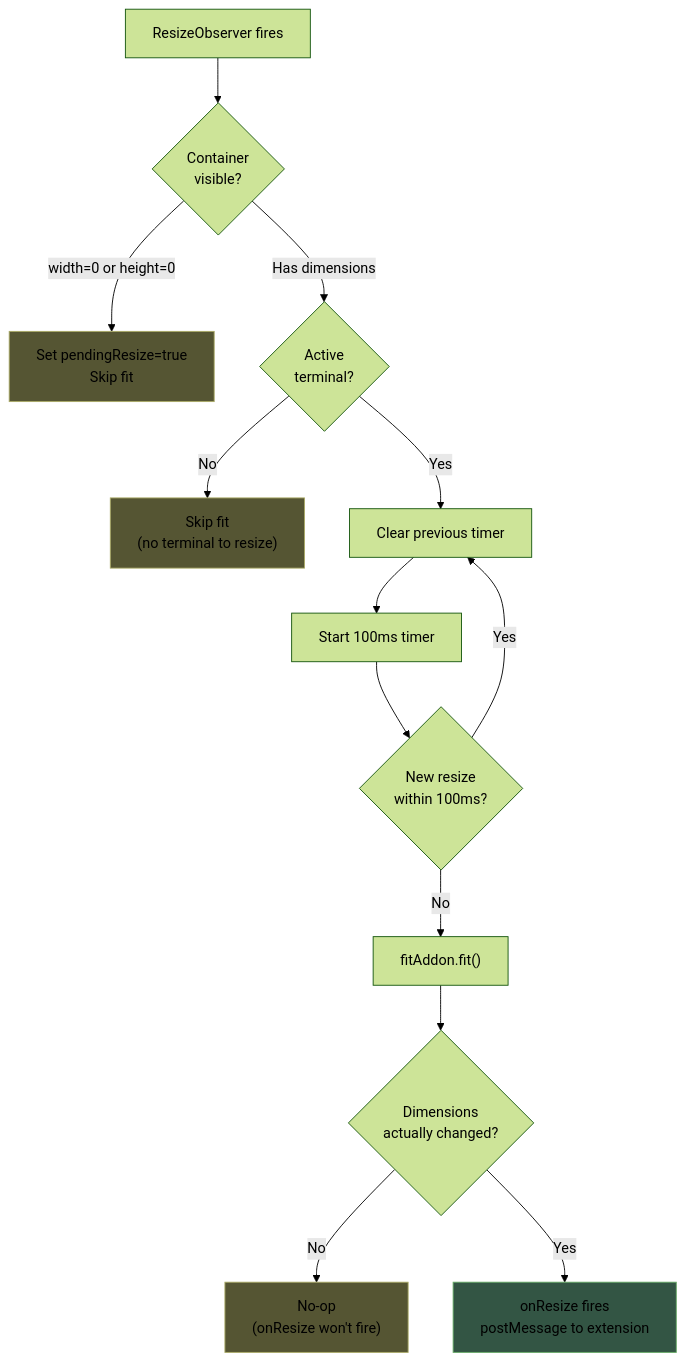
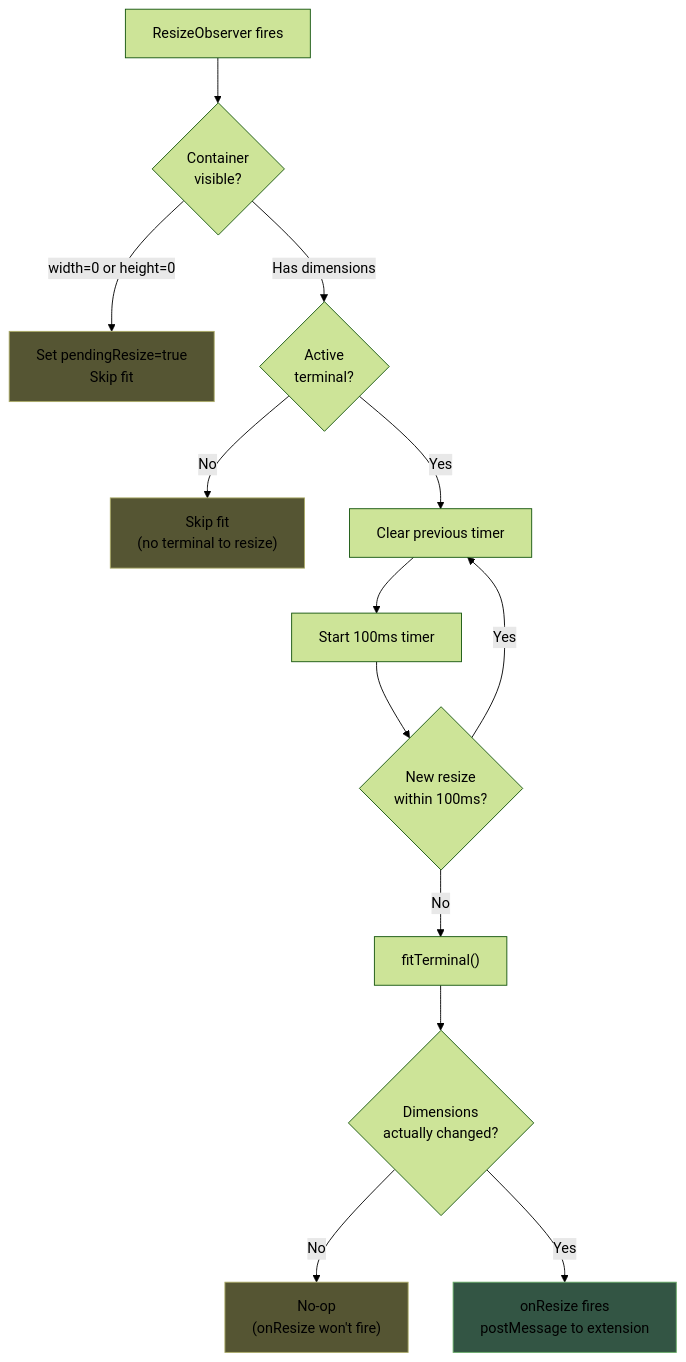
Before and after one commit to huybuidac/anywhere-terminal: the seventh of 7 diagrams in docs/design/resize-handling.md, drawn with Mermaid (forest theme). The commit also changed other lines of this file and 46 other files, not shown here.

Commit message:
refactor: extract terminal factory, split renderer, and flow control into dedicated modules, reducing main.ts to a composition root, and add new webview tests.

````diff
--- a/docs/design/resize-handling.md
+++ b/docs/design/resize-handling.md
@@ -385,20 +425,20 @@
 ```mermaid
 flowchart TD
     A["ResizeObserver fires"] --> B{"Container\nvisible?"}
     B -->|"width=0 or height=0"| C["Set pendingResize=true\nSkip fit"]
     B -->|"Has dimensions"| D{"Active\nterminal?"}
     D -->|No| E["Skip fit\n(no terminal to resize)"]
     D -->|Yes| F["Clear previous timer"]
     F --> G["Start 100ms timer"]
     G --> H{"New resize\nwithin 100ms?"}
     H -->|Yes| F
-    H -->|No| I["fitAddon.fit()"]
+    H -->|No| I["fitTerminal()"]
     I --> J{"Dimensions\nactually changed?"}
     J -->|No| K["No-op\n(onResize won't fire)"]
     J -->|Yes| L["onResize fires\npostMessage to extension"]
 
     style C fill:#553,stroke:#aa6
     style E fill:#553,stroke:#aa6
     style K fill:#553,stroke:#aa6
     style L fill:#354,stroke:#6a6
 ```
````
